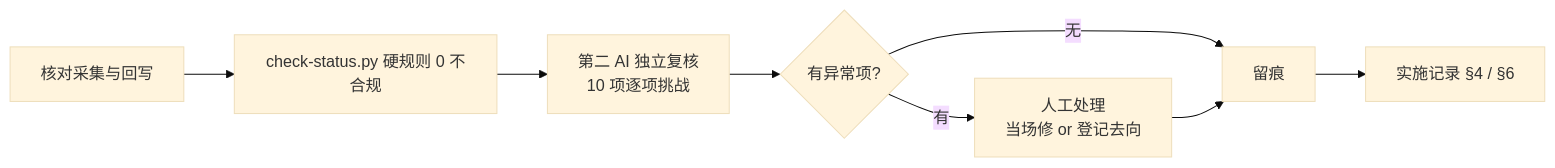
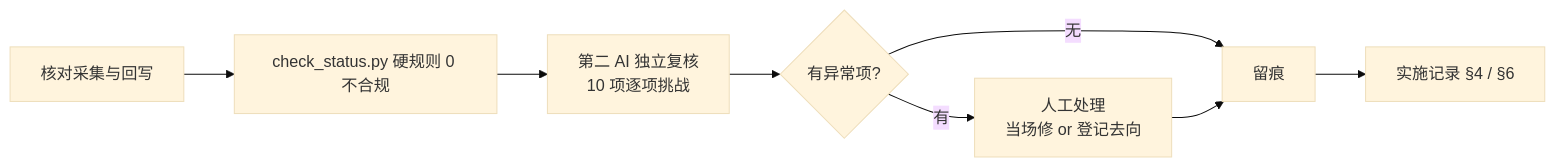
The diagram in bms文档/项目/01_项目骨架/任务/04_CI与阶段验收/04_CI与阶段验收_03_阶段验收门禁核对/设计/03_详细设计_01_阶段验收门禁核对.md (minjian123/basic-management-system), drawn with Mermaid (base theme) before and after one commit. The commit also changed other lines of this file and 919 other files, not shown here.

````diff
--- a/bms文档/项目/01_项目骨架/任务/04_CI与阶段验收/04_CI与阶段验收_03_阶段验收门禁核对/设计/03_详细设计_01_阶段验收门禁核对.md
+++ b/bms文档/项目/01_项目骨架/任务/04_CI与阶段验收/04_CI与阶段验收_03_阶段验收门禁核对/设计/03_详细设计_01_阶段验收门禁核对.md
@@ -184,10 +184,10 @@
 ```mermaid
 flowchart LR
-    A[核对采集与回写] --> B[check-status.py 硬规则 0 不合规]
+    A[核对采集与回写] --> B[check_status.py 硬规则 0 不合规]
     B --> C[第二 AI 独立复核<br/>10 项逐项挑战]
     C --> D{有异常项?}
     D -- 有 --> E[人工处理<br/>当场修 or 登记去向]
     D -- 无 --> F[留痕]
     E --> F
     F --> G[实施记录 §4 / §6]
 ```
````
